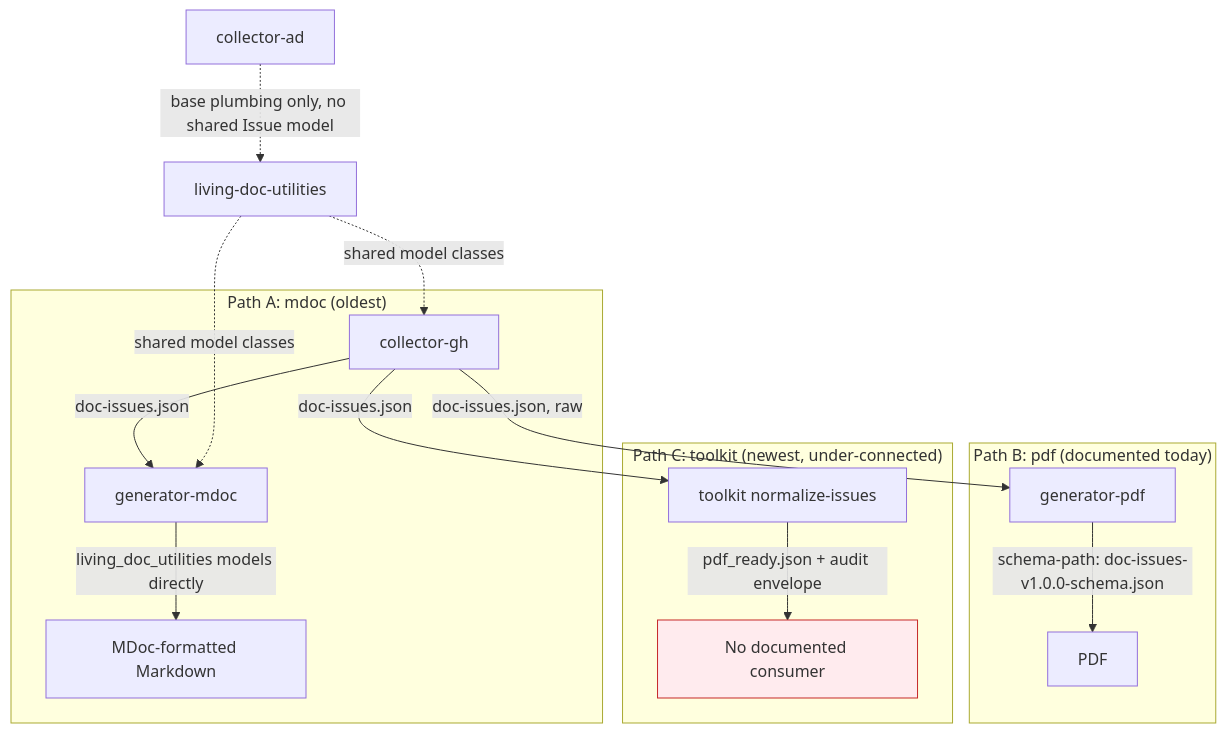
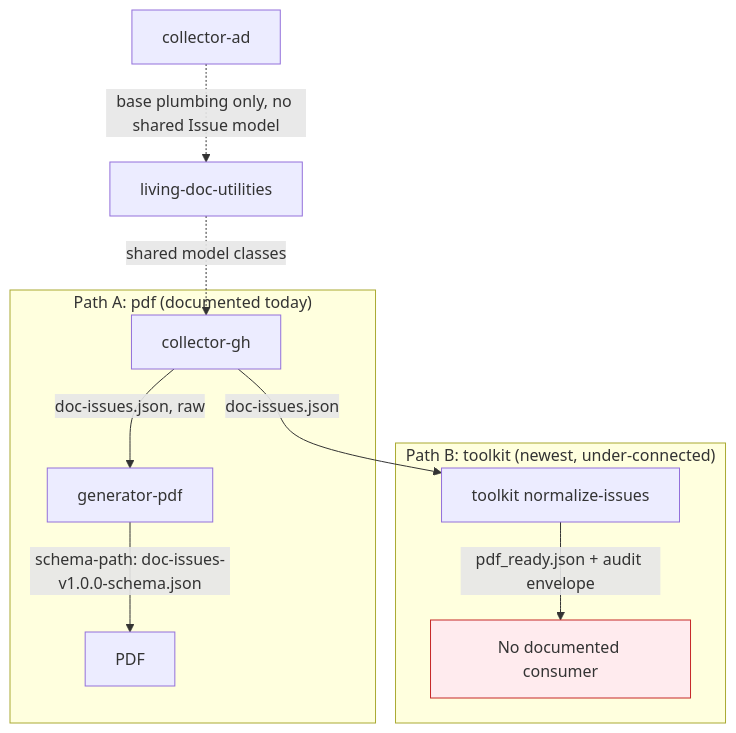
One commit to AbsaOSS/living-doc changed the first of 2 diagrams in docs/specs/architecture.md. Above: the diagram before and after it, drawn with Mermaid. The commit also changed other lines of this file and 17 other files, not shown here.

````diff
--- a/docs/specs/architecture.md
+++ b/docs/specs/architecture.md
@@ -12,23 +12,17 @@
 ```mermaid
 graph TD
-    subgraph "Path A: mdoc (oldest)"
-        GHA[collector-gh] -->|doc-issues.json| MDOC[generator-mdoc]
-        MDOC -->|living_doc_utilities models directly| MDOUT[MDoc-formatted Markdown]
-    end
-
-    subgraph "Path B: pdf (documented today)"
-        GHA -->|doc-issues.json, raw| PDF[generator-pdf]
+    subgraph "Path A: pdf (documented today)"
+        GHA[collector-gh] -->|doc-issues.json, raw| PDF[generator-pdf]
         PDF -->|schema-path: doc-issues-v1.0.0-schema.json| PDFOUT[PDF]
     end
 
-    subgraph "Path C: toolkit (newest, under-connected)"
+    subgraph "Path B: toolkit (newest, under-connected)"
         GHA -->|doc-issues.json| TK[toolkit normalize-issues]
         TK -->|pdf_ready.json + audit envelope| ORPHAN[No documented consumer]
     end
 
     UTIL[living-doc-utilities] -.shared model classes.-> GHA
-    UTIL -.shared model classes.-> MDOC
     ADCOL[collector-ad] -.base plumbing only, no shared Issue model.-> UTIL
 
     style ORPHAN fill:#ffebee,stroke:#c62828
 ```
````
